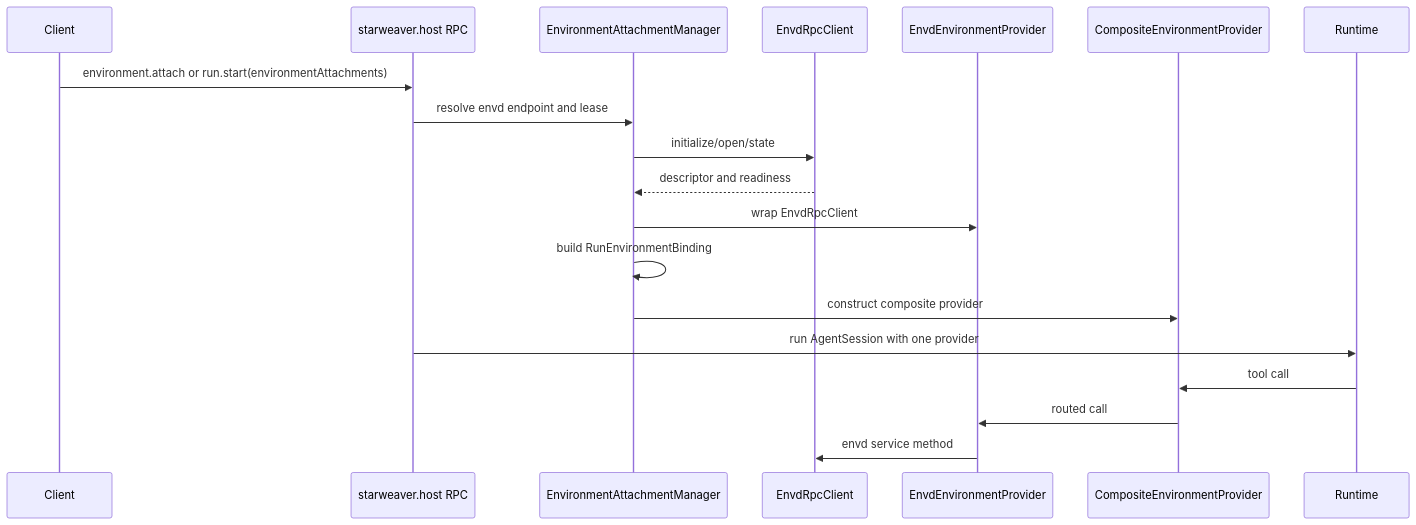
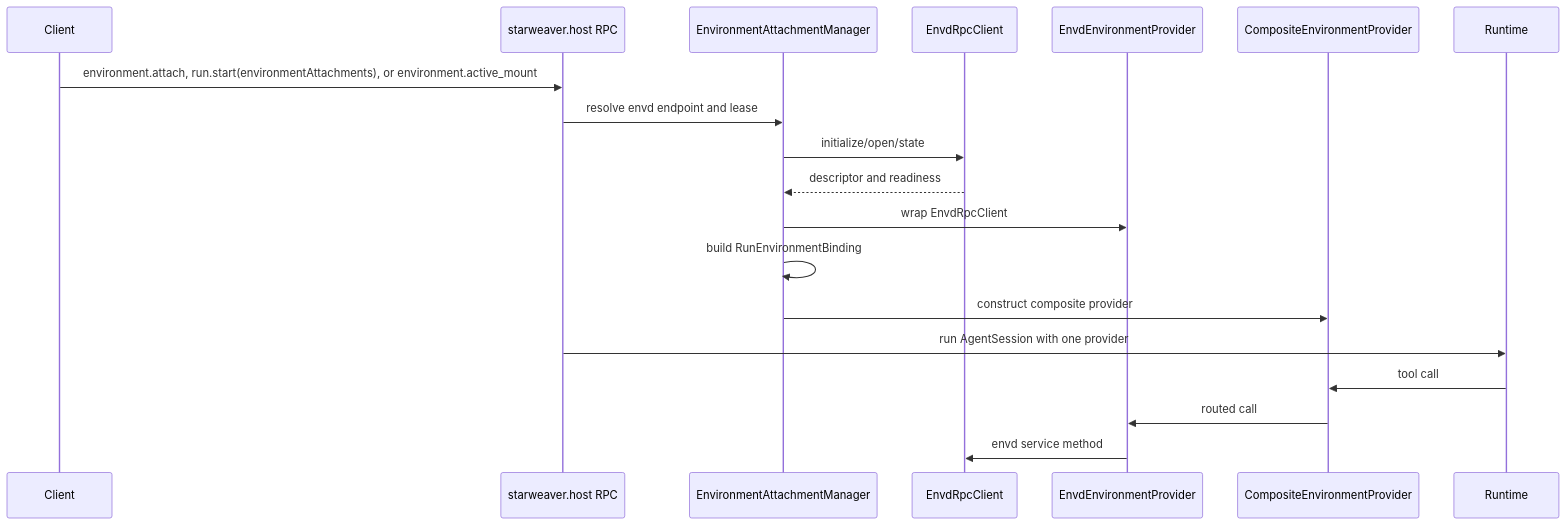
One commit to Wh1isper/starweaver changed the third of 4 diagrams in spec/envd/04-provider-and-host-integration.md. Above: the diagram before and after it, drawn with Mermaid. The commit also changed other lines of this file and 11 other files, not shown here.

````diff
--- a/spec/envd/04-provider-and-host-integration.md
+++ b/spec/envd/04-provider-and-host-integration.md
@@ -92,22 +92,22 @@
 ```mermaid
 sequenceDiagram
     participant Client
     participant HostRPC as starweaver.host RPC
     participant Manager as EnvironmentAttachmentManager
     participant EnvdClient as EnvdRpcClient
     participant Provider as EnvdEnvironmentProvider
     participant Composite as CompositeEnvironmentProvider
     participant Runtime
 
-    Client->>HostRPC: environment.attach or run.start(environmentAttachments)
+    Client->>HostRPC: environment.attach, run.start(environmentAttachments), or environment.active_mount
     HostRPC->>Manager: resolve envd endpoint and lease
     Manager->>EnvdClient: initialize/open/state
     EnvdClient-->>Manager: descriptor and readiness
     Manager->>Provider: wrap EnvdRpcClient
     Manager->>Manager: build RunEnvironmentBinding
     Manager->>Composite: construct composite provider
     HostRPC->>Runtime: run AgentSession with one provider
     Runtime->>Composite: tool call
     Composite->>Provider: routed call
     Provider->>EnvdClient: envd service method
 ```
````
